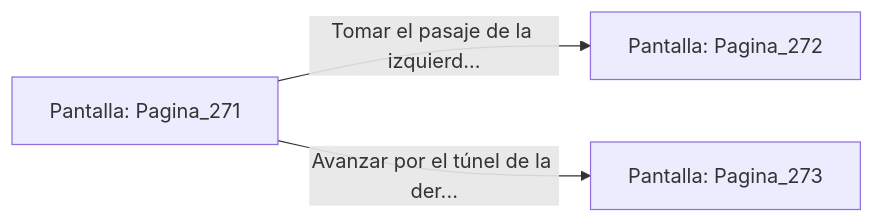
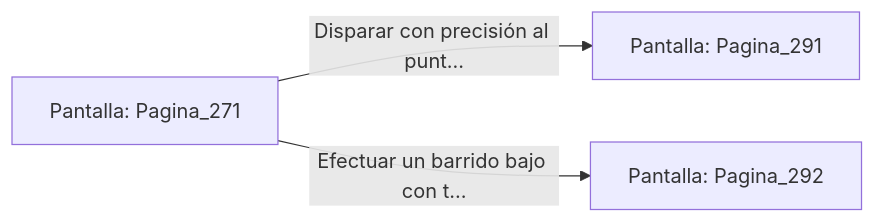
One commit to metsuke/mpl changed the diagram in sample/eligejuego-vault/Pantalla_Pagina_271.md. Above: the diagram before and after it, drawn with Mermaid. The commit also changed other lines of this file and 635 other files, not shown here.

First line of the commit message:
fix: añadir Pagina_1 como pantalla inicial en capitulo_01.mpl

````diff
--- a/sample/eligejuego-vault/Pantalla_Pagina_271.md
+++ b/sample/eligejuego-vault/Pantalla_Pagina_271.md
@@ -20,6 +24,6 @@
 ```mermaid
 graph LR
     P_Pagina_271["Pantalla: Pagina_271"]
-    P_Pagina_271 -->|"Tomar el pasaje de la izquierd..."| P_Pagina_272["Pantalla: Pagina_272"]
-    P_Pagina_271 -->|"Avanzar por el túnel de la der..."| P_Pagina_273["Pantalla: Pagina_273"]
+    P_Pagina_271 -->|"Disparar con precisión al punt..."| P_Pagina_291["Pantalla: Pagina_291"]
+    P_Pagina_271 -->|"Efectuar un barrido bajo con t..."| P_Pagina_292["Pantalla: Pagina_292"]
 ```
````
